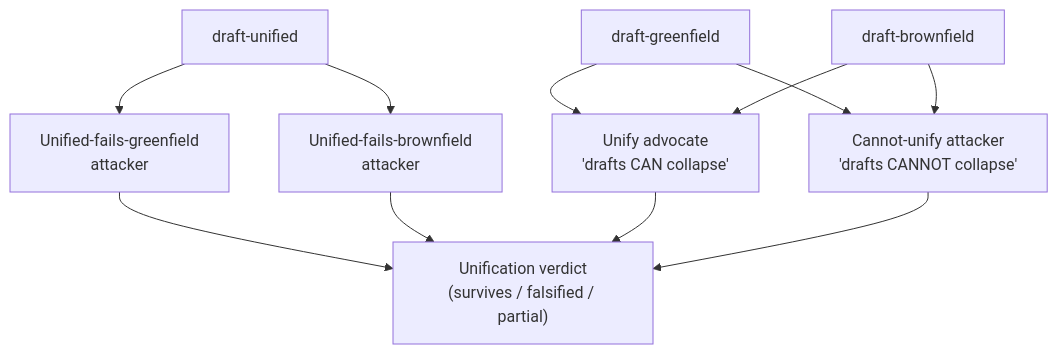
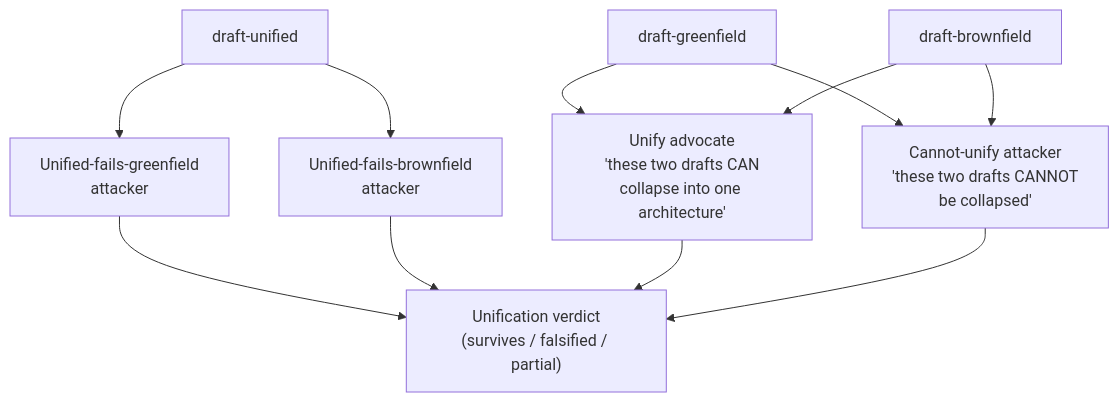
One commit to lago-morph/software-factory changed the seventh of 11 diagrams in research-plan-v3-primer.md. Above: the diagram before and after it, drawn with Mermaid. The commit also changed other lines of this file, not shown here.

````diff
--- a/research-plan-v3-primer.md
+++ b/research-plan-v3-primer.md
@@ -156,19 +158,19 @@
 ```mermaid
 flowchart TB
     DU["draft-unified"]
     DG["draft-greenfield"]
     DB["draft-brownfield"]
 
     DU --> X1["Unified-fails-greenfield<br/>attacker"]
     DU --> X2["Unified-fails-brownfield<br/>attacker"]
 
-    DG --> X3["Unify advocate<br/>'drafts CAN collapse'"]
+    DG --> X3["Unify advocate<br/>'these two drafts CAN<br/>collapse into one architecture'"]
     DB --> X3
-    DG --> X4["Cannot-unify attacker<br/>'drafts CANNOT collapse'"]
+    DG --> X4["Cannot-unify attacker<br/>'these two drafts CANNOT<br/>be collapsed'"]
     DB --> X4
 
     X1 --> V["Unification verdict<br/>(survives / falsified / partial)"]
     X2 --> V
     X3 --> V
     X4 --> V
 ```
````
